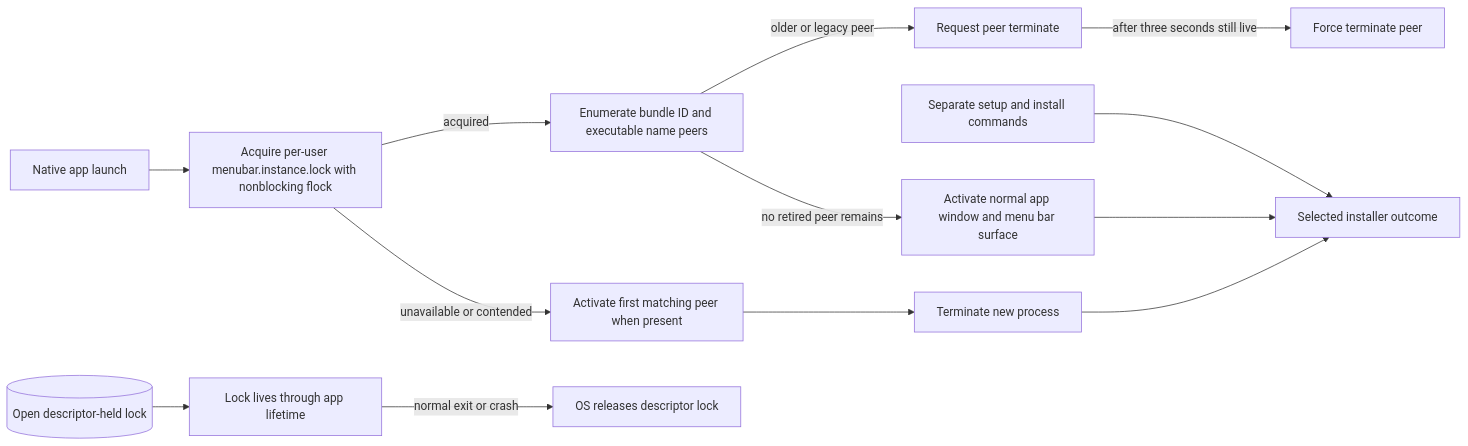
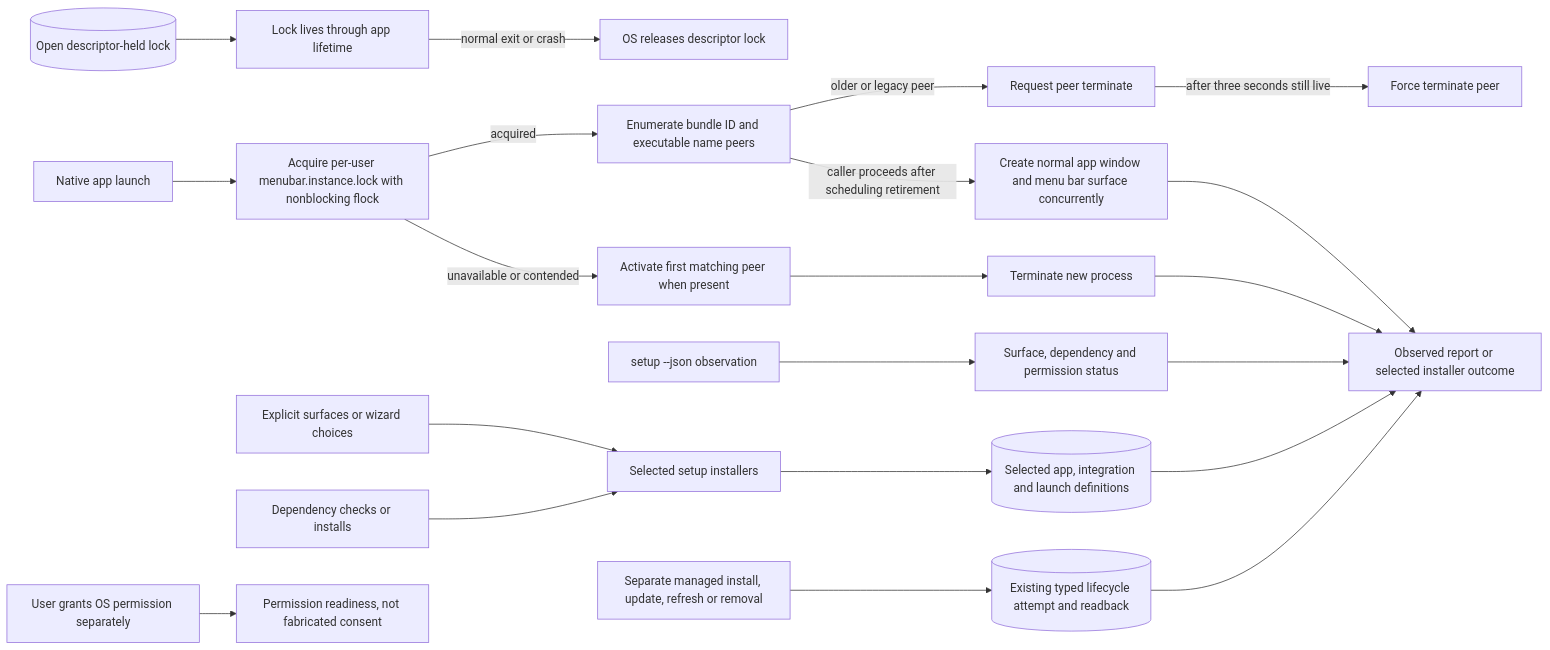
Before and after one commit to SirsiMaster/sirsi-pantheon: diagram 37 of 45 in docs/stacklab/pantheon-pt/canon/DIAGRAMS_PRODUCT_OPERATIONS.md, drawn with Mermaid. The commit also changed other lines of this file, not shown here.

````diff
--- a/docs/stacklab/pantheon-pt/canon/DIAGRAMS_PRODUCT_OPERATIONS.md
+++ b/docs/stacklab/pantheon-pt/canon/DIAGRAMS_PRODUCT_OPERATIONS.md
@@ -1021,15 +1073,23 @@
 ```mermaid
 flowchart LR
   APP[Native app launch] --> LOCK[Acquire per-user menubar.instance.lock with nonblocking flock]
   LOCK -->|acquired| ENUM[Enumerate bundle ID and executable name peers]
   ENUM -->|older or legacy peer| TERM[Request peer terminate]
   TERM -->|after three seconds still live| FORCE[Force terminate peer]
-  ENUM -->|no retired peer remains| ACTIVE[Activate normal app window and menu bar surface]
+  ENUM -->|caller proceeds after scheduling retirement| ACTIVE[Create normal app window and menu bar surface concurrently]
   LOCK -->|unavailable or contended| PEER[Activate first matching peer when present]
   PEER --> EXIT[Terminate new process]
   LOCKFILE[(Open descriptor-held lock)] --> LIFETIME[Lock lives through app lifetime]
   LIFETIME -->|normal exit or crash| RELEASE[OS releases descriptor lock]
-  SETUP[Separate setup and install commands] --> RESULT[Selected installer outcome]
+  SREAD[setup --json observation] --> REPORT[Surface, dependency and permission status]
+  SELECT[Explicit surfaces or wizard choices] --> SETUP[Selected setup installers]
+  SETUP --> CONFIG[(Selected app, integration and launch definitions)]
+  DEP[Dependency checks or installs] --> SETUP
+  USER[User grants OS permission separately] --> PERM[Permission readiness, not fabricated consent]
+  LIFEACTION[Separate managed install, update, refresh or removal] --> ATTEMPT[(Existing typed lifecycle attempt and readback)]
+  REPORT --> RESULT[Observed report or selected installer outcome]
+  CONFIG --> RESULT
+  ATTEMPT --> RESULT
   ACTIVE --> RESULT
   EXIT --> RESULT
 ```
````
